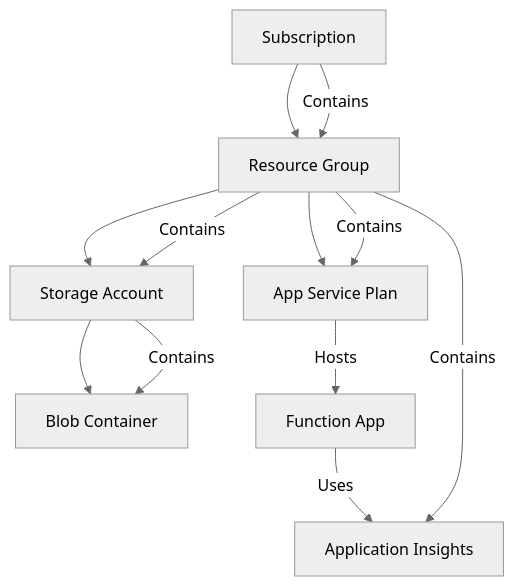
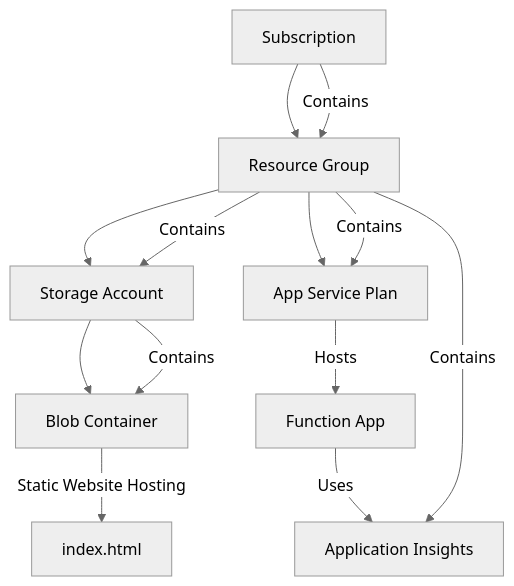
Before and after one commit to hvalfangst/azure-static-react-website-triggering-functions: the diagram in README.md, drawn with Mermaid (neutral theme). The commit also changed other lines of this file and 23 other files, not shown here.

````diff
--- a/README.md
+++ b/README.md
@@ -18,16 +26,17 @@
 ```mermaid
 graph TD
     A[Subscription]
     A --> B[Resource Group]
     B --> C[Storage Account]
     C --> D[Blob Container]
+    D -->|Static Website Hosting| H[index.html]
     B --> E[App Service Plan]
     E -->|Hosts| G[Function App]
     G -->|Uses| F[Application Insights]
 
     A -->|Contains| B
     B -->|Contains| C
     C -->|Contains| D
     B -->|Contains| E
     B -->|Contains| F
 ```
````
